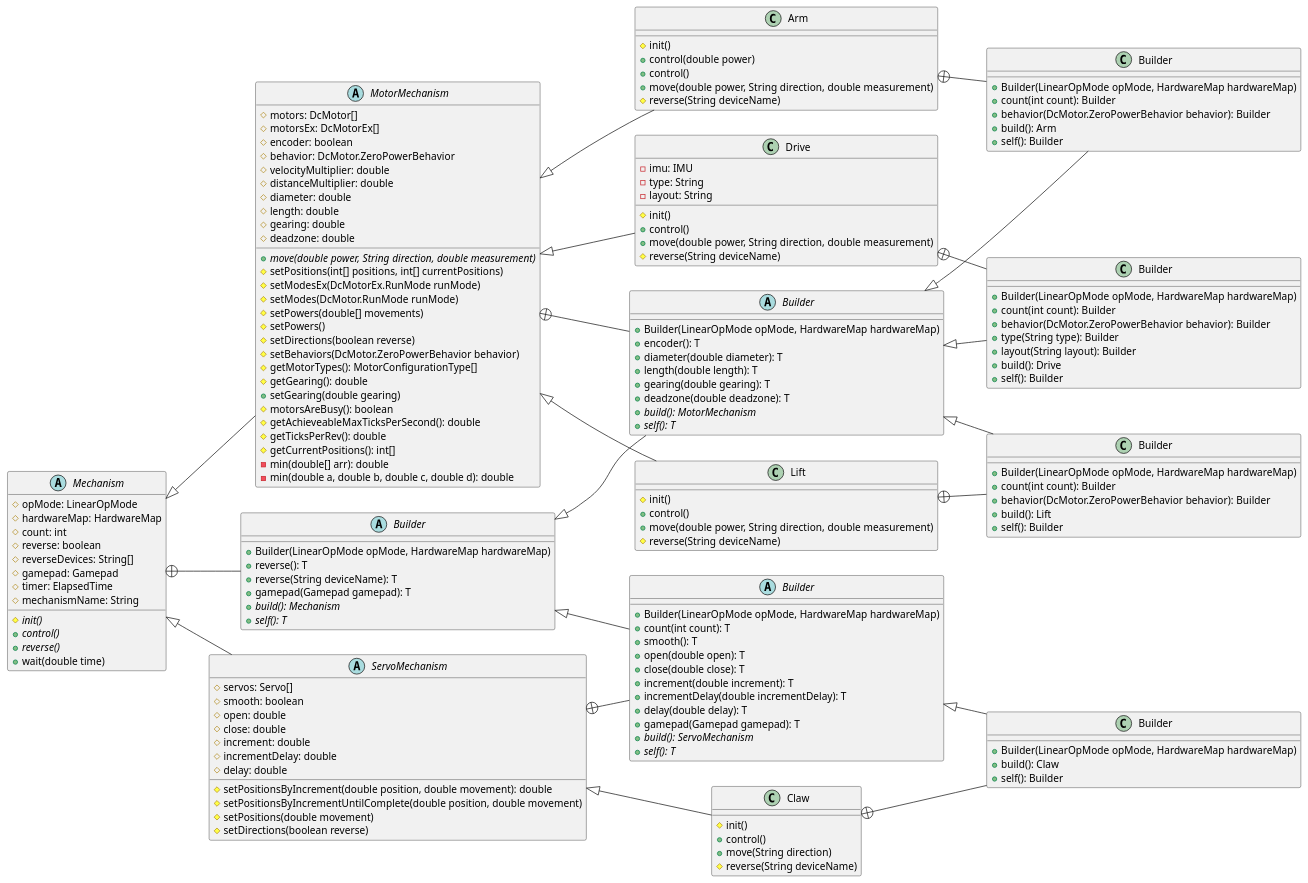
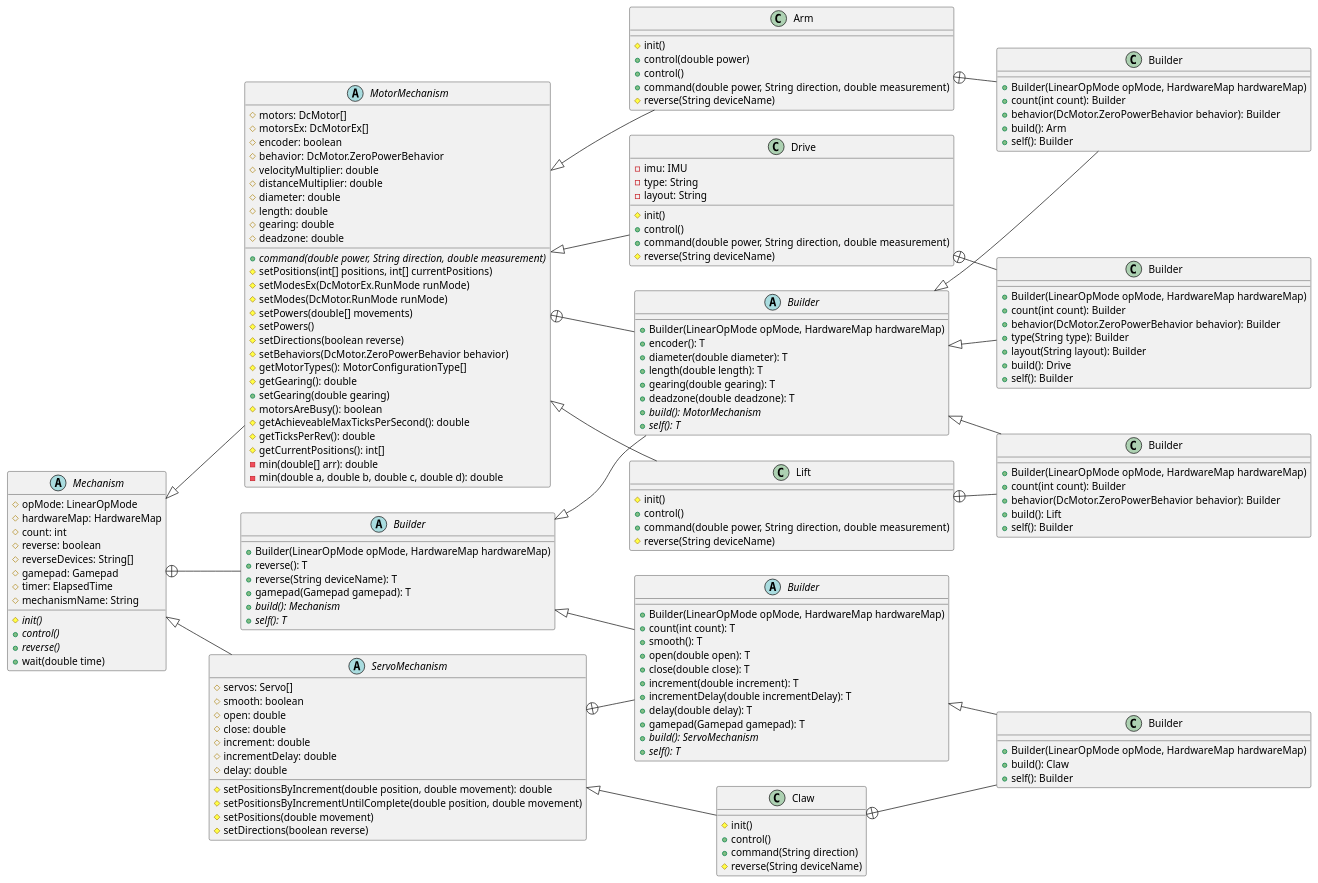
The diagram in docs/uml/src/mechanism.puml (Collegiate-Edu-Nation/easy-ftc), drawn with PlantUML before and after one commit. The commit also changed 16 other files, not shown here.

Commit message:
sub move for command

```diff
--- a/docs/uml/src/mechanism.puml
+++ b/docs/uml/src/mechanism.puml
@@ -1,187 +1,187 @@
 @startuml
 
 left to right direction
 
 abstract class Mechanism {
     # opMode: LinearOpMode
     # hardwareMap: HardwareMap
     # count: int
     # reverse: boolean
     # reverseDevices: String[]
     # gamepad: Gamepad
     # timer: ElapsedTime
     # mechanismName: String
     {abstract}# init()
     {abstract}+ control()
     {abstract}+ reverse()
     + wait(double time)
 }
 
 abstract class "Builder" as Mechanism_Builder {
     + Builder(LinearOpMode opMode, HardwareMap hardwareMap)
     + reverse(): T
     + reverse(String deviceName): T
     + gamepad(Gamepad gamepad): T
     {abstract}+ build(): Mechanism
     {abstract}+ self(): T
 }
 
 abstract class MotorMechanism {
     # motors: DcMotor[] 
     # motorsEx: DcMotorEx[] 
     # encoder: boolean
     # behavior: DcMotor.ZeroPowerBehavior
     # velocityMultiplier: double
     # distanceMultiplier: double
     # diameter: double
     # length: double
     # gearing: double
     # deadzone: double
-    {abstract}+ move(double power, String direction, double measurement)
+    {abstract}+ command(double power, String direction, double measurement)
     # setPositions(int[] positions, int[] currentPositions)
     # setModesEx(DcMotorEx.RunMode runMode)
     # setModes(DcMotor.RunMode runMode)
     # setPowers(double[] movements)
     # setPowers()
     # setDirections(boolean reverse)
     # setBehaviors(DcMotor.ZeroPowerBehavior behavior)
     # getMotorTypes(): MotorConfigurationType[]
     # getGearing(): double
     + setGearing(double gearing)
     # motorsAreBusy(): boolean
     # getAchieveableMaxTicksPerSecond(): double
     # getTicksPerRev(): double
     # getCurrentPositions(): int[]
     - min(double[] arr): double
     - min(double a, double b, double c, double d): double
 }
 
 abstract class ServoMechanism {
     # servos: Servo[]
     # smooth: boolean
     # open: double
     # close: double
     # increment: double
     # incrementDelay: double
     # delay: double
     # setPositionsByIncrement(double position, double movement): double
     # setPositionsByIncrementUntilComplete(double position, double movement)
     # setPositions(double movement)
     # setDirections(boolean reverse)
 }
 
 abstract class "Builder" as MotorMechanism_Builder {
     + Builder(LinearOpMode opMode, HardwareMap hardwareMap)
     + encoder(): T
     + diameter(double diameter): T
     + length(double length): T
     + gearing(double gearing): T
     + deadzone(double deadzone): T
     {abstract}+ build(): MotorMechanism
     {abstract}+ self(): T
 }
 
 abstract class "Builder" as ServoMechanism_Builder {
     + Builder(LinearOpMode opMode, HardwareMap hardwareMap)
     + count(int count): T
     + smooth(): T
     + open(double open): T
     + close(double close): T
     + increment(double increment): T
     + incrementDelay(double incrementDelay): T
     + delay(double delay): T
     + gamepad(Gamepad gamepad): T
     {abstract}+ build(): ServoMechanism
     {abstract}+ self(): T
 }
 
 class Arm {
     # init()
     + control(double power)
     + control()
-    + move(double power, String direction, double measurement)
+    + command(double power, String direction, double measurement)
     # reverse(String deviceName)
 }
 
 class Claw {
     # init()
     + control()
-    + move(String direction)
+    + command(String direction)
     # reverse(String deviceName)
 }
 
 class Drive {
     - imu: IMU
     - type: String
     - layout: String
     # init()
     + control()
-    + move(double power, String direction, double measurement)
+    + command(double power, String direction, double measurement)
     # reverse(String deviceName)
 }
 
 class Lift {
     # init()
     + control()
-    + move(double power, String direction, double measurement)
+    + command(double power, String direction, double measurement)
     # reverse(String deviceName)
 }
 
 class "Builder" as Arm_Builder {
     + Builder(LinearOpMode opMode, HardwareMap hardwareMap)
     + count(int count): Builder
     + behavior(DcMotor.ZeroPowerBehavior behavior): Builder
     + build(): Arm
     + self(): Builder
 }
 
 class "Builder" as Claw_Builder {
     + Builder(LinearOpMode opMode, HardwareMap hardwareMap)
     + build(): Claw
     + self(): Builder
 }
 
 class "Builder" as Drive_Builder {
     + Builder(LinearOpMode opMode, HardwareMap hardwareMap)
     + count(int count): Builder
     + behavior(DcMotor.ZeroPowerBehavior behavior): Builder
     + type(String type): Builder
     + layout(String layout): Builder
     + build(): Drive
     + self(): Builder
 }
 
 class "Builder" as Lift_Builder {
     + Builder(LinearOpMode opMode, HardwareMap hardwareMap)
     + count(int count): Builder
     + behavior(DcMotor.ZeroPowerBehavior behavior): Builder
     + build(): Lift
     + self(): Builder
 }
 
 Mechanism <|-- MotorMechanism
 Mechanism <|-- ServoMechanism
 
 MotorMechanism <|-- Arm
 ServoMechanism <|-- Claw
 MotorMechanism <|-- Drive
 MotorMechanism <|-- Lift
 
 Mechanism_Builder <|-- MotorMechanism_Builder
 Mechanism_Builder <|-- ServoMechanism_Builder
 
 MotorMechanism_Builder <|-- Arm_Builder
 ServoMechanism_Builder <|-- Claw_Builder
 MotorMechanism_Builder <|-- Drive_Builder
 MotorMechanism_Builder <|-- Lift_Builder
 
 Mechanism +-- Mechanism_Builder
 MotorMechanism +-- MotorMechanism_Builder
 ServoMechanism +-- ServoMechanism_Builder
 
 Arm +-- Arm_Builder
 Claw +-- Claw_Builder
 Drive +-- Drive_Builder
 Lift +-- Lift_Builder
 
 @enduml
```
